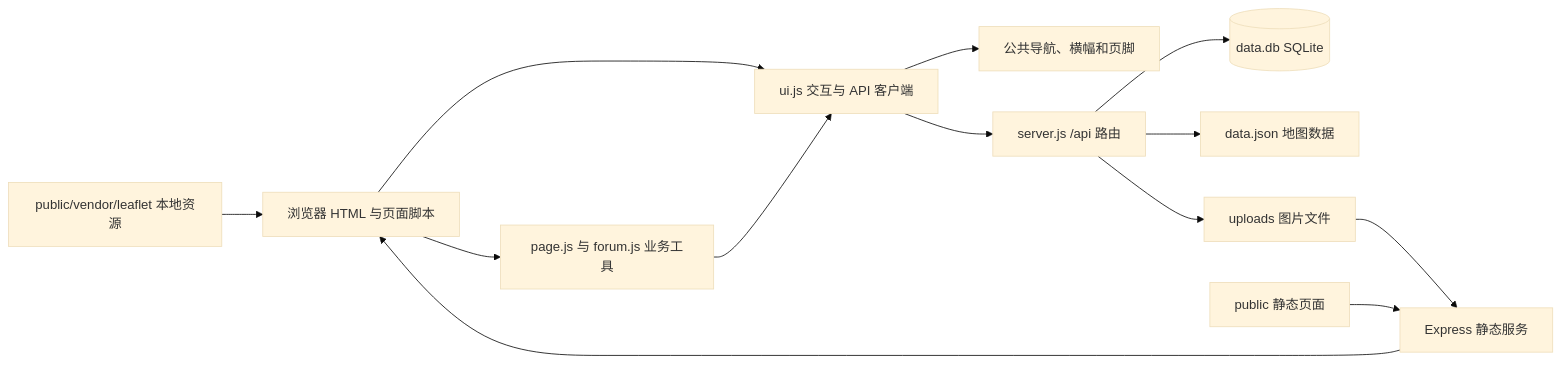
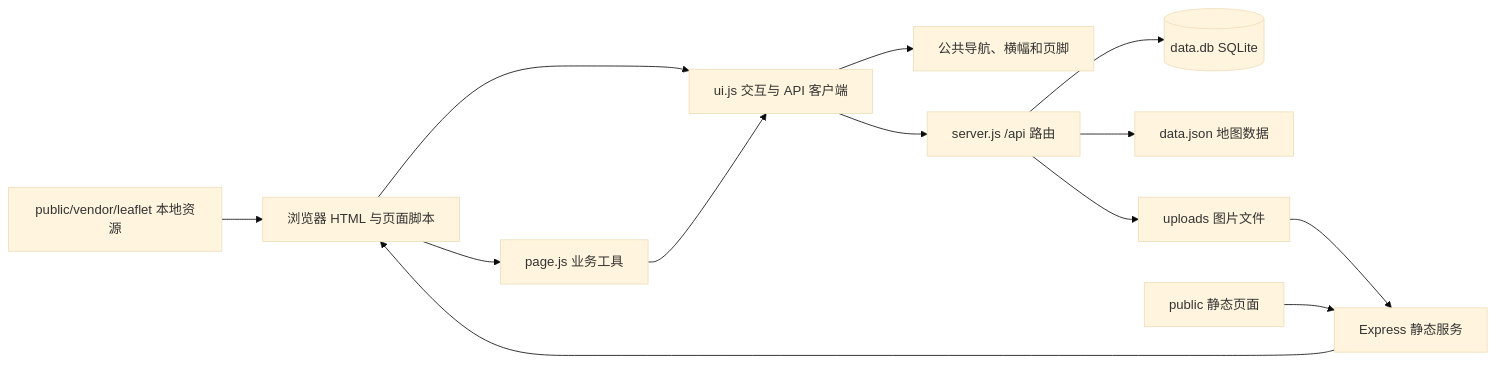
Before and after one commit to szzxai/sytime: the diagram in MAP.md, drawn with Mermaid (base theme). The commit also changed other lines of this file and 51 other files, not shown here.

````diff
--- a/MAP.md
+++ b/MAP.md
@@ -145,15 +144,15 @@
 ```mermaid
 flowchart LR
     Browser[浏览器 HTML 与页面脚本] --> Shared[ui.js 交互与 API 客户端]
-    Browser --> Helpers[page.js 与 forum.js 业务工具]
+    Browser --> Helpers[page.js 业务工具]
     Helpers --> Shared
     Shared --> Shell[公共导航、横幅和页脚]
     Shared --> API[server.js /api 路由]
     API --> DB[(data.db SQLite)]
     API --> MapJSON[data.json 地图数据]
     API --> Files[uploads 图片文件]
     Static[Express 静态服务] --> Browser
     Files --> Static
     Public[public 静态页面] --> Static
     Leaflet[public/vendor/leaflet 本地资源] --> Browser
 ```
````
